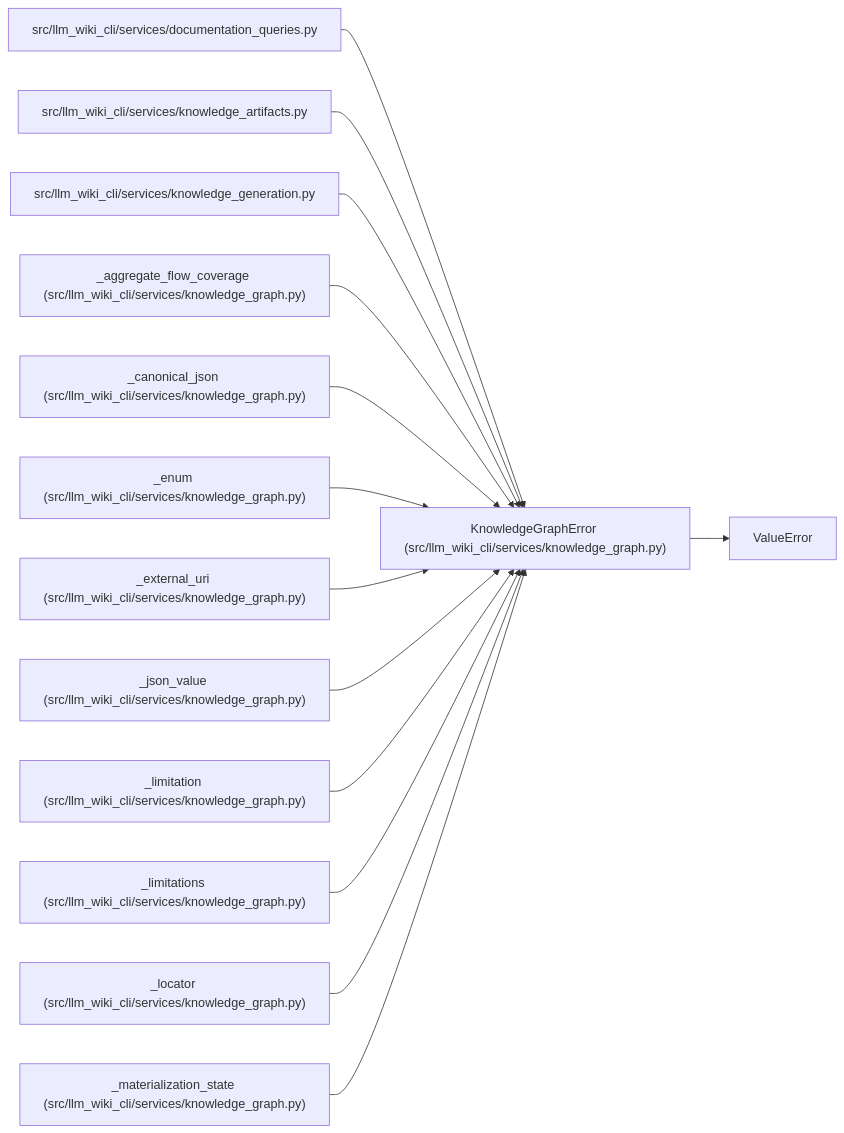
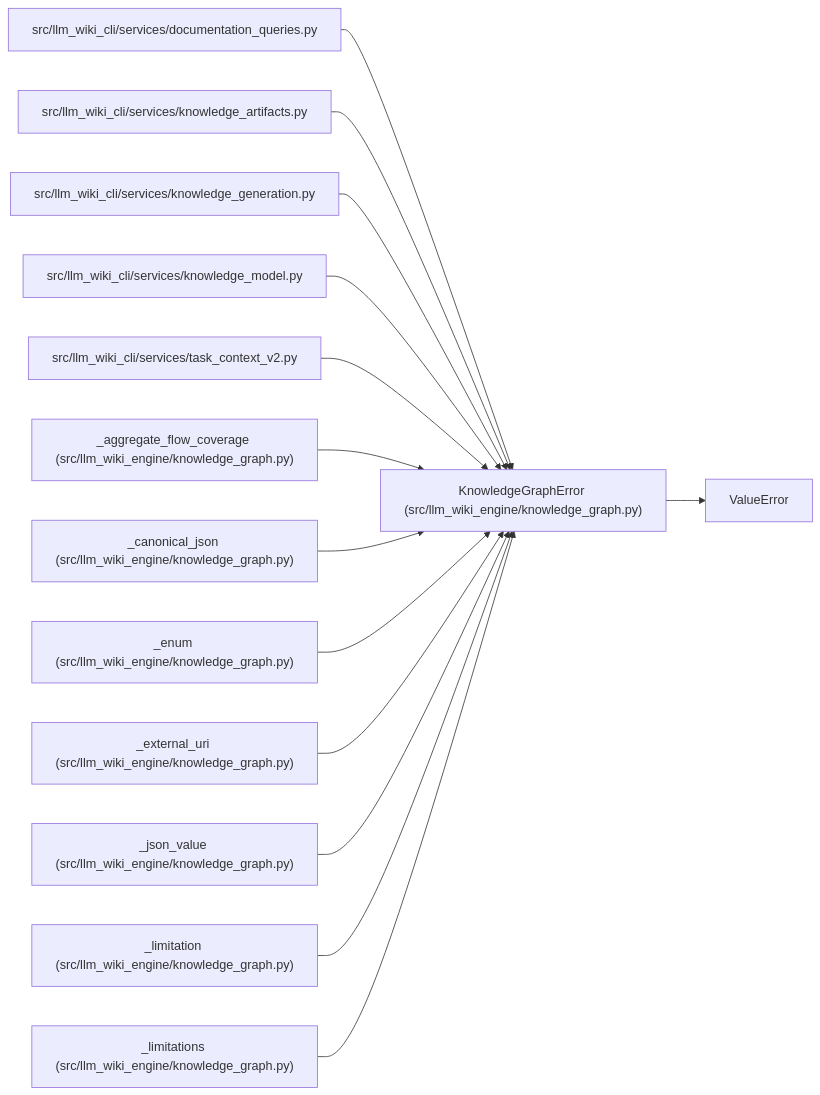
One commit to Denissvgn/python-wiki-llm changed the diagram in docs/llm_wiki/entities/KnowledgeGraphError.md. Above: the diagram before and after it, drawn with Mermaid. The commit also changed other lines of this file and 1103 other files, not shown here.

First line of the commit message:
docs: refresh the wiki for the llm-wiki-engine distribution

````diff
--- a/docs/llm_wiki/entities/KnowledgeGraphError.md
+++ b/docs/llm_wiki/entities/KnowledgeGraphError.md
@@ -25,43 +25,43 @@
 ```mermaid
 flowchart LR
-    n0["KnowledgeGraphError (src/llm_wiki_cli/services/knowledge_graph.py)"]
+    n0["KnowledgeGraphError (src/llm_wiki_engine/knowledge_graph.py)"]
     n1["ValueError"]
     n2["src/llm_wiki_cli/services/documentation_queries.py"]
     n3["src/llm_wiki_cli/services/knowledge_artifacts.py"]
     n4["src/llm_wiki_cli/services/knowledge_generation.py"]
-    n5["_aggregate_flow_coverage (src/llm_wiki_cli/services/knowledge_graph.py)"]
-    n6["_canonical_json (src/llm_wiki_cli/services/knowledge_graph.py)"]
-    n7["_enum (src/llm_wiki_cli/services/knowledge_graph.py)"]
-    n8["_external_uri (src/llm_wiki_cli/services/knowledge_graph.py)"]
-    n9["_json_value (src/llm_wiki_cli/services/knowledge_graph.py)"]
-    n10["_limitation (src/llm_wiki_cli/services/knowledge_graph.py)"]
-    n11["_limitations (src/llm_wiki_cli/services/knowledge_graph.py)"]
-    n12["_locator (src/llm_wiki_cli/services/knowledge_graph.py)"]
-    n13["_materialization_state (src/llm_wiki_cli/services/knowledge_graph.py)"]
+    n5["src/llm_wiki_cli/services/knowledge_model.py"]
+    n6["src/llm_wiki_cli/services/task_context_v2.py"]
+    n7["_aggregate_flow_coverage (src/llm_wiki_engine/knowledge_graph.py)"]
+    n8["_canonical_json (src/llm_wiki_engine/knowledge_graph.py)"]
+    n9["_enum (src/llm_wiki_engine/knowledge_graph.py)"]
+    n10["_external_uri (src/llm_wiki_engine/knowledge_graph.py)"]
+    n11["_json_value (src/llm_wiki_engine/knowledge_graph.py)"]
+    n12["_limitation (src/llm_wiki_engine/knowledge_graph.py)"]
+    n13["_limitations (src/llm_wiki_engine/knowledge_graph.py)"]
     n0 --> n1
     n2 --> n0
     n3 --> n0
     n4 --> n0
     n5 --> n0
     n6 --> n0
     n7 --> n0
     n8 --> n0
     n9 --> n0
     n10 --> n0
     n11 --> n0
     n12 --> n0
     n13 --> n0
     click n0 "../modules/knowledge_graph.md"
     click n2 "../modules/documentation_queries.md"
     click n3 "../modules/knowledge_artifacts.md"
     click n4 "../modules/knowledge_generation.md"
-    click n5 "../modules/knowledge_graph.md"
-    click n6 "../modules/knowledge_graph.md"
+    click n5 "../modules/knowledge_model.md"
+    click n6 "../modules/task_context_v2.md"
     click n7 "../modules/knowledge_graph.md"
     click n8 "../modules/knowledge_graph.md"
     click n9 "../modules/knowledge_graph.md"
     click n10 "../modules/knowledge_graph.md"
     click n11 "../modules/knowledge_graph.md"
     click n12 "../modules/knowledge_graph.md"
     click n13 "../modules/knowledge_graph.md"
 ```
````
